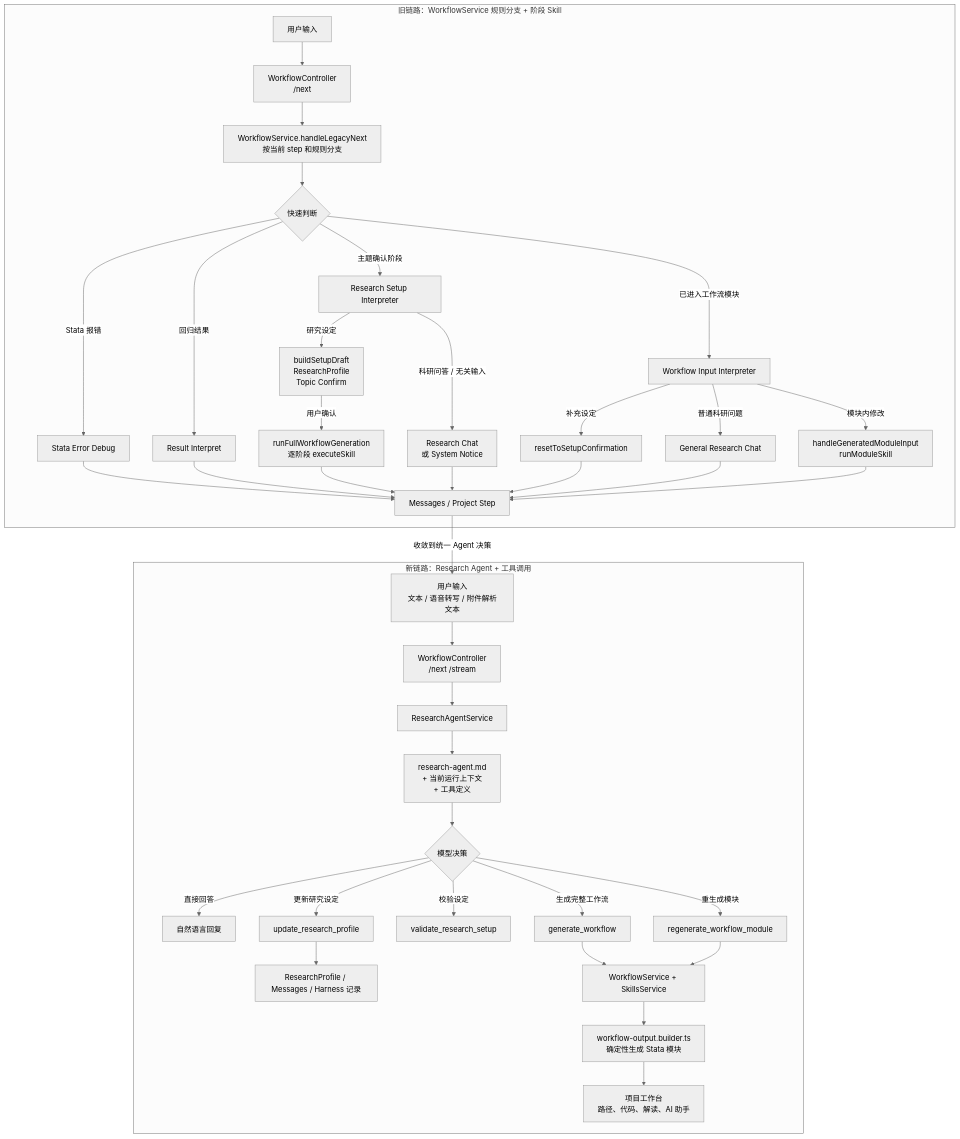
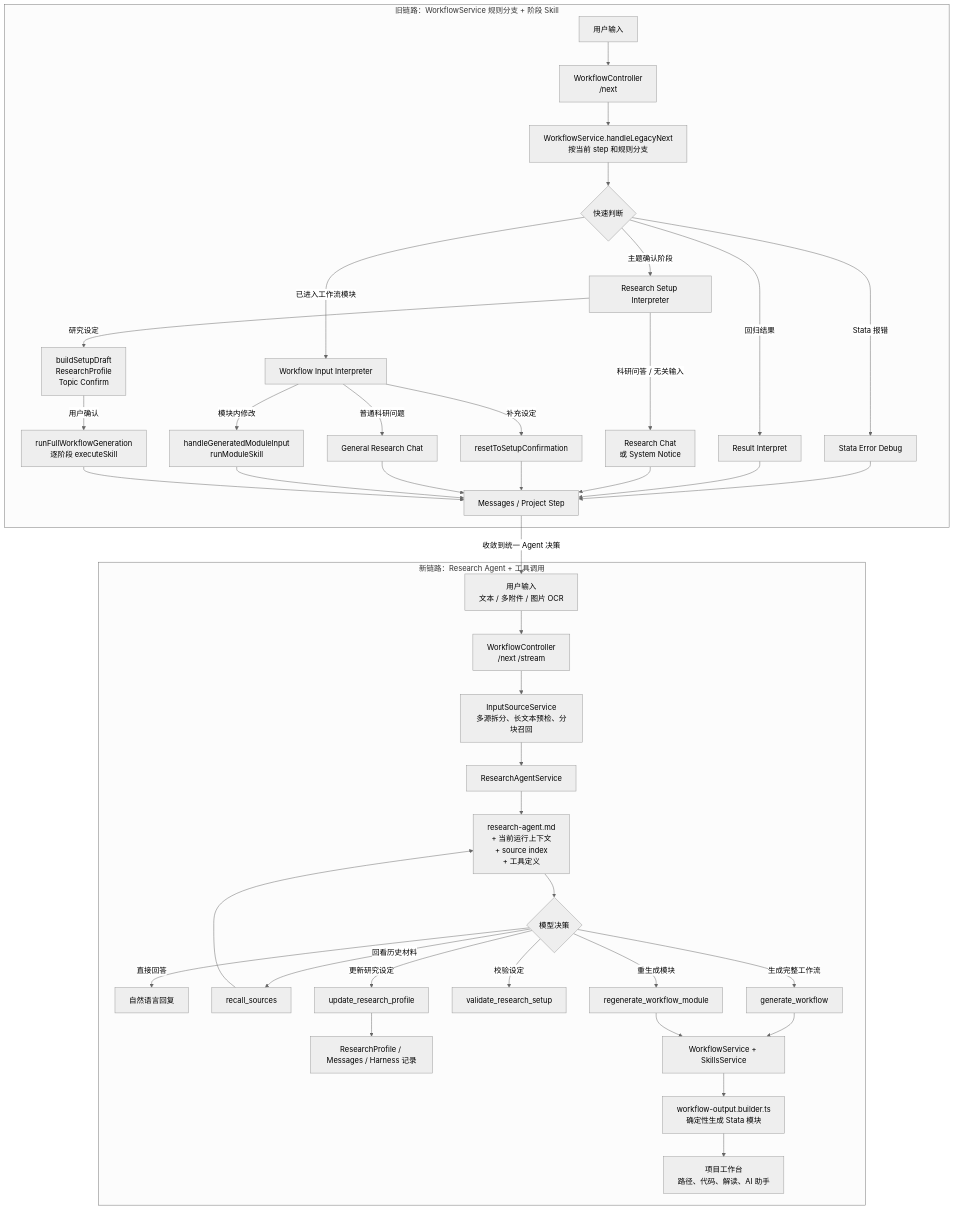
Before and after one commit to tank798/empirical-paper-agent: the first of 2 diagrams in README.md, drawn with Mermaid (neutral theme). The commit also changed other lines of this file and 11 other files, not shown here.

Commit message:
Add multi-source context recall

````diff
--- a/README.md
+++ b/README.md
@@ -9,44 +9,47 @@
 ```mermaid
 flowchart TD
   subgraph OLD["旧链路：WorkflowService 规则分支 + 阶段 Skill"]
     O1["用户输入"] --> O2["WorkflowController\n/next"]
     O2 --> O3["WorkflowService.handleLegacyNext\n按当前 step 和规则分支"]
     O3 --> O4{"快速判断"}
     O4 -->|"Stata 报错"| O5["Stata Error Debug"]
     O4 -->|"回归结果"| O6["Result Interpret"]
     O4 -->|"主题确认阶段"| O7["Research Setup Interpreter"]
     O4 -->|"已进入工作流模块"| O8["Workflow Input Interpreter"]
     O7 -->|"研究设定"| O9["buildSetupDraft\nResearchProfile\nTopic Confirm"]
     O7 -->|"科研问答 / 无关输入"| O10["Research Chat\n或 System Notice"]
     O8 -->|"补充设定"| O11["resetToSetupConfirmation"]
     O8 -->|"普通科研问题"| O12["General Research Chat"]
     O8 -->|"模块内修改"| O13["handleGeneratedModuleInput\nrunModuleSkill"]
     O9 -->|"用户确认"| O14["runFullWorkflowGeneration\n逐阶段 executeSkill"]
     O5 --> O15["Messages / Project Step"]
     O6 --> O15
     O10 --> O15
     O11 --> O15
     O12 --> O15
     O13 --> O15
     O14 --> O15
   end
 
   O15 -->|"收敛到统一 Agent 决策"| N1
 
   subgraph NEW["新链路：Research Agent + 工具调用"]
-    N1["用户输入\n文本 / 语音转写 / 附件解析文本"] --> N2["WorkflowController\n/next /stream"]
-    N2 --> N3["ResearchAgentService"]
-    N3 --> N4["research-agent.md\n+ 当前运行上下文\n+ 工具定义"]
-    N4 --> N5{"模型决策"}
-    N5 -->|"直接回答"| N6["自然语言回复"]
-    N5 -->|"更新研究设定"| N7["update_research_profile"]
-    N5 -->|"校验设定"| N8["validate_research_setup"]
-    N5 -->|"生成完整工作流"| N9["generate_workflow"]
-    N5 -->|"重生成模块"| N10["regenerate_workflow_module"]
-    N7 --> N11["ResearchProfile / Messages / Harness 记录"]
-    N9 --> N12["WorkflowService + SkillsService"]
-    N10 --> N12
-    N12 --> N13["workflow-output.builder.ts\n确定性生成 Stata 模块"]
-    N13 --> N14["项目工作台\n路径、代码、解读、AI 助手"]
+    N1["用户输入\n文本 / 多附件 / 图片 OCR"] --> N2["WorkflowController\n/next /stream"]
+    N2 --> N3["InputSourceService\n多源拆分、长文本预检、分块召回"]
+    N3 --> N4["ResearchAgentService"]
+    N4 --> N5["research-agent.md\n+ 当前运行上下文\n+ source index\n+ 工具定义"]
+    N5 --> N6{"模型决策"}
+    N6 -->|"直接回答"| N7["自然语言回复"]
+    N6 -->|"回看历史材料"| N8["recall_sources"]
+    N6 -->|"更新研究设定"| N9["update_research_profile"]
+    N6 -->|"校验设定"| N10["validate_research_setup"]
+    N6 -->|"生成完整工作流"| N11["generate_workflow"]
+    N6 -->|"重生成模块"| N12["regenerate_workflow_module"]
+    N8 --> N5
+    N9 --> N13["ResearchProfile / Messages / Harness 记录"]
+    N11 --> N14["WorkflowService + SkillsService"]
+    N12 --> N14
+    N14 --> N15["workflow-output.builder.ts\n确定性生成 Stata 模块"]
+    N15 --> N16["项目工作台\n路径、代码、解读、AI 助手"]
   end
 ```
````
